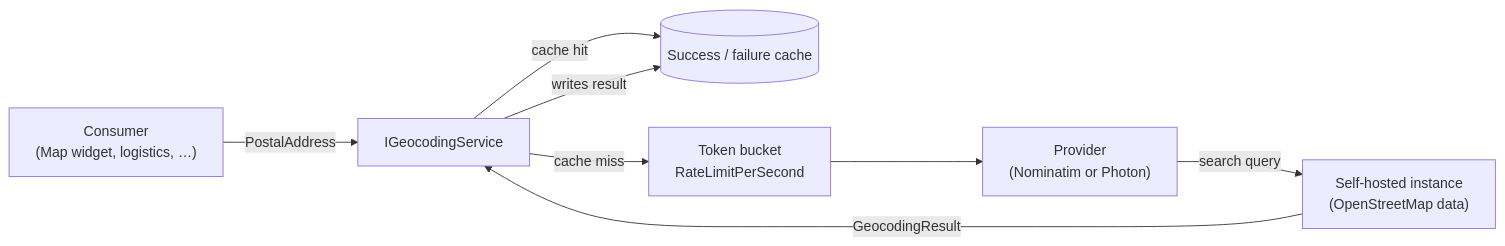
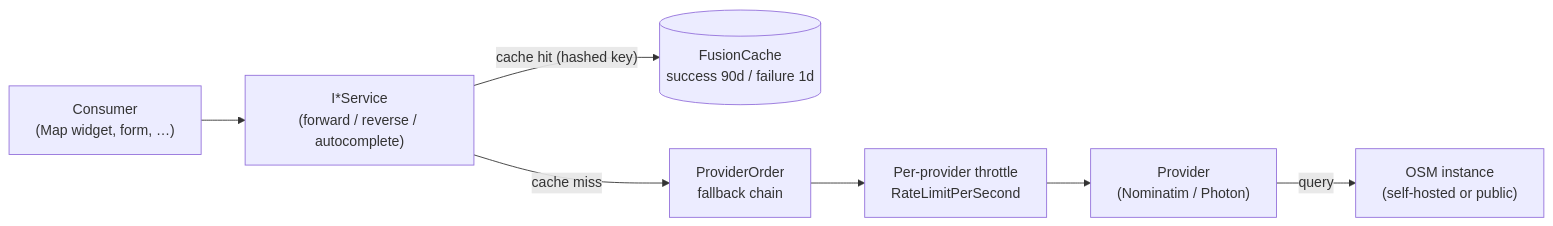
The diagram in src/content/docs/dotnet/building-blocks/geocoding.mdx (granit-fx/granit-docs), drawn with Mermaid before and after one commit. The commit also changed other lines of this file and 9 other files, not shown here.

First line of the commit message:
docs(addressing): document the address platform (geocoding + verification)

````diff
--- a/src/content/docs/dotnet/building-blocks/geocoding.mdx
+++ b/src/content/docs/dotnet/building-blocks/geocoding.mdx
@@ -111,10 +144,9 @@
 ```mermaid
 flowchart LR
-    caller["Consumer<br/>(Map widget, logistics, …)"] -->|"PostalAddress"| svc["IGeocodingService"]
-    svc -->|"cache hit"| cache[("Success / failure cache")]
-    svc -->|"cache miss"| limiter["Token bucket<br/>RateLimitPerSecond"]
-    limiter --> prov["Provider<br/>(Nominatim or Photon)"]
-    prov -->|"search query"| inst["Self-hosted instance<br/>(OpenStreetMap data)"]
-    inst -->|"GeocodingResult"| svc
-    svc -->|"writes result"| cache
+    caller["Consumer<br/>(Map widget, form, …)"] --> svc["I*Service<br/>(forward / reverse / autocomplete)"]
+    svc -->|"cache hit (hashed key)"| cache[("FusionCache<br/>success 90d / failure 1d")]
+    svc -->|"cache miss"| order["ProviderOrder<br/>fallback chain"]
+    order --> throttle["Per-provider throttle<br/>RateLimitPerSecond"]
+    throttle --> prov["Provider<br/>(Nominatim / Photon)"]
+    prov -->|"query"| inst["OSM instance<br/>(self-hosted or public)"]
 ```
````
